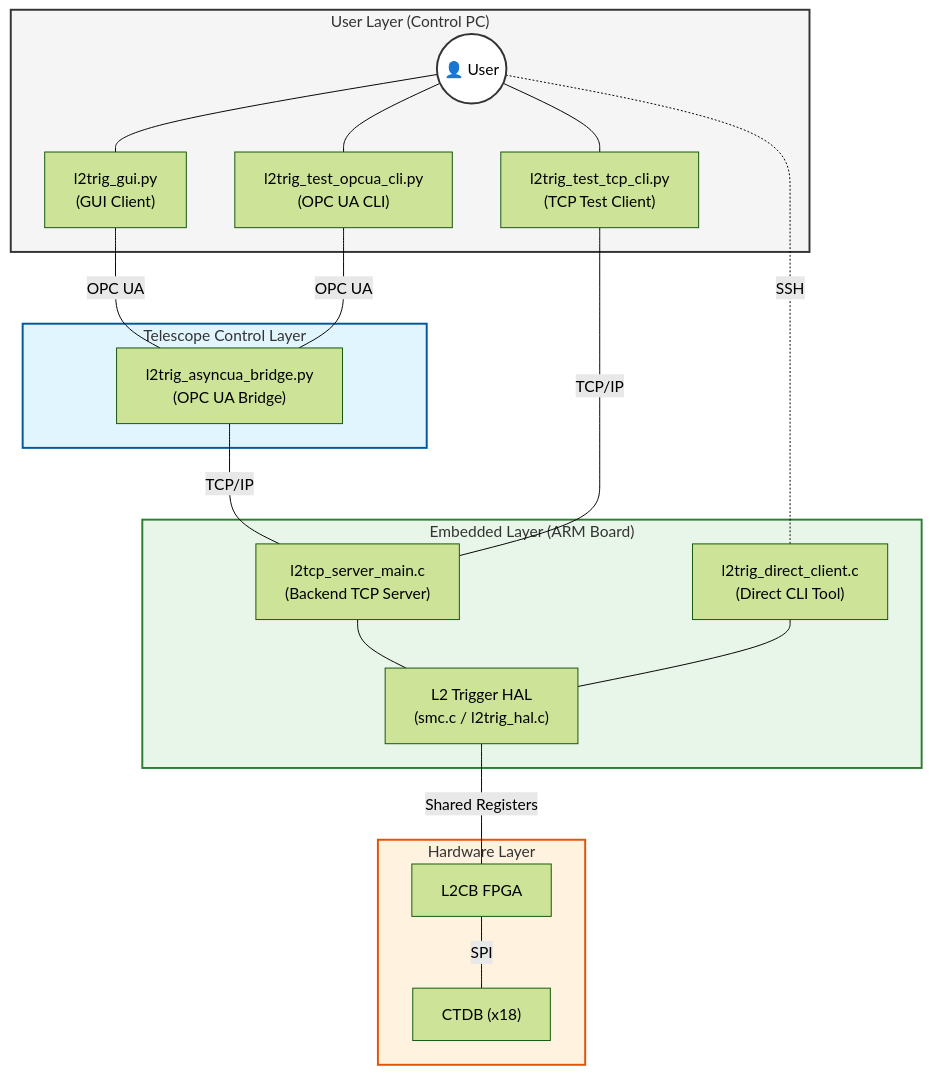
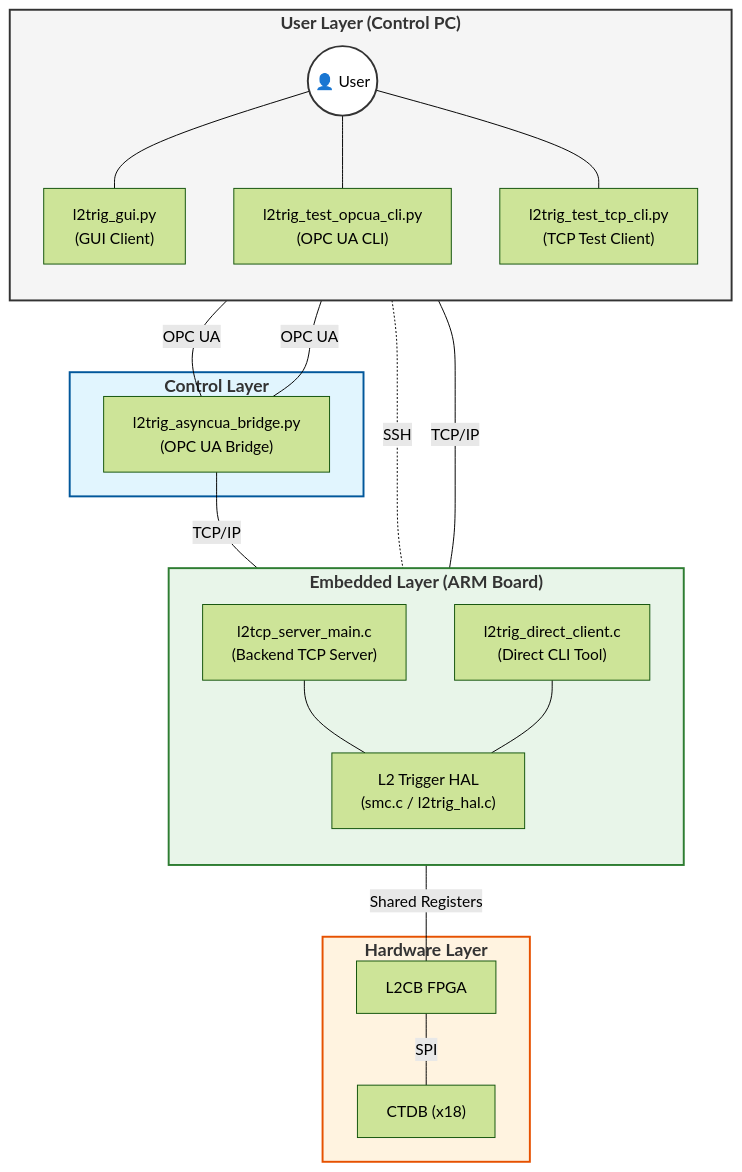
One commit to sfegan/nectarcam_dtc_opcua changed the diagram in assets/README.md. Above: the diagram before and after it, drawn with Mermaid (forest theme). The commit also changed 1 other file, not shown here.

Commit message:
Bold layer labels

````diff
--- a/assets/README.md
+++ b/assets/README.md
@@ -9,47 +9,54 @@
 ```mermaid
 graph TD
-    subgraph UserLayer ["User Layer (Control PC)"]
+    subgraph UserLayer ["<b><font size='4'>User Layer (Control PC)</font></b>"]
+        direction TB
         User(("👤 User"))
         GUI["l2trig_gui.py<br/>(GUI Client)"]
         OPC_CLI["l2trig_test_opcua_cli.py<br/>(OPC UA CLI)"]
         TCP_CLI["l2trig_test_tcp_cli.py<br/>(TCP Test Client)"]
+        
+        %% Internal links
+        User --- GUI
+        User --- OPC_CLI
+        User --- TCP_CLI
     end
 
-    subgraph ControlLayer ["Telescope Control Layer"]
+    subgraph ControlLayer ["<b><font size='4'>Control Layer</font></b>"]
         Bridge["l2trig_asyncua_bridge.py<br/>(OPC UA Bridge)"]
     end
 
-    subgraph EmbeddedLayer ["Embedded Layer (ARM Board)"]
+    subgraph EmbeddedLayer ["<b><font size='4'>Embedded Layer (ARM Board)</font></b>"]
+        direction TB
         Backend["l2tcp_server_main.c<br/>(Backend TCP Server)"]
         DirectCLI["l2trig_direct_client.c<br/>(Direct CLI Tool)"]
         HAL["L2 Trigger HAL<br/>(smc.c / l2trig_hal.c)"]
+        
+        %% Internal links
+        Backend --- HAL
+        DirectCLI --- HAL
     end
 
-    subgraph HardwareLayer ["Hardware Layer"]
+    subgraph HardwareLayer ["<b><font size='4'>Hardware Layer</font></b>"]
         L2CB["L2CB FPGA"]
         CTDB["CTDB (x18)"]
+        
+        %% Internal links
+        L2CB ---|SPI| CTDB
     end
 
-    User --- GUI
-    User --- OPC_CLI
-    User --- TCP_CLI
+    %% Cross-layer links
     User -.-|SSH| DirectCLI
-
     GUI ---|OPC UA| Bridge
     OPC_CLI ---|OPC UA| Bridge
     Bridge ---|TCP/IP| Backend
     TCP_CLI ---|TCP/IP| Backend
-
-    Backend --- HAL
-    DirectCLI --- HAL
-    
     HAL ---|Shared Registers| L2CB
-    L2CB ---|SPI| CTDB
 
     %% Styling
     style UserLayer fill:#f5f5f5,stroke:#333,stroke-width:2px
     style ControlLayer fill:#e1f5fe,stroke:#01579b,stroke-width:2px
     style EmbeddedLayer fill:#e8f5e9,stroke:#2e7d32,stroke-width:2px
     style HardwareLayer fill:#fff3e0,stroke:#e65100,stroke-width:2px
+    
     style User fill:#ffffff,stroke:#333,stroke-width:2px
 ```
````
